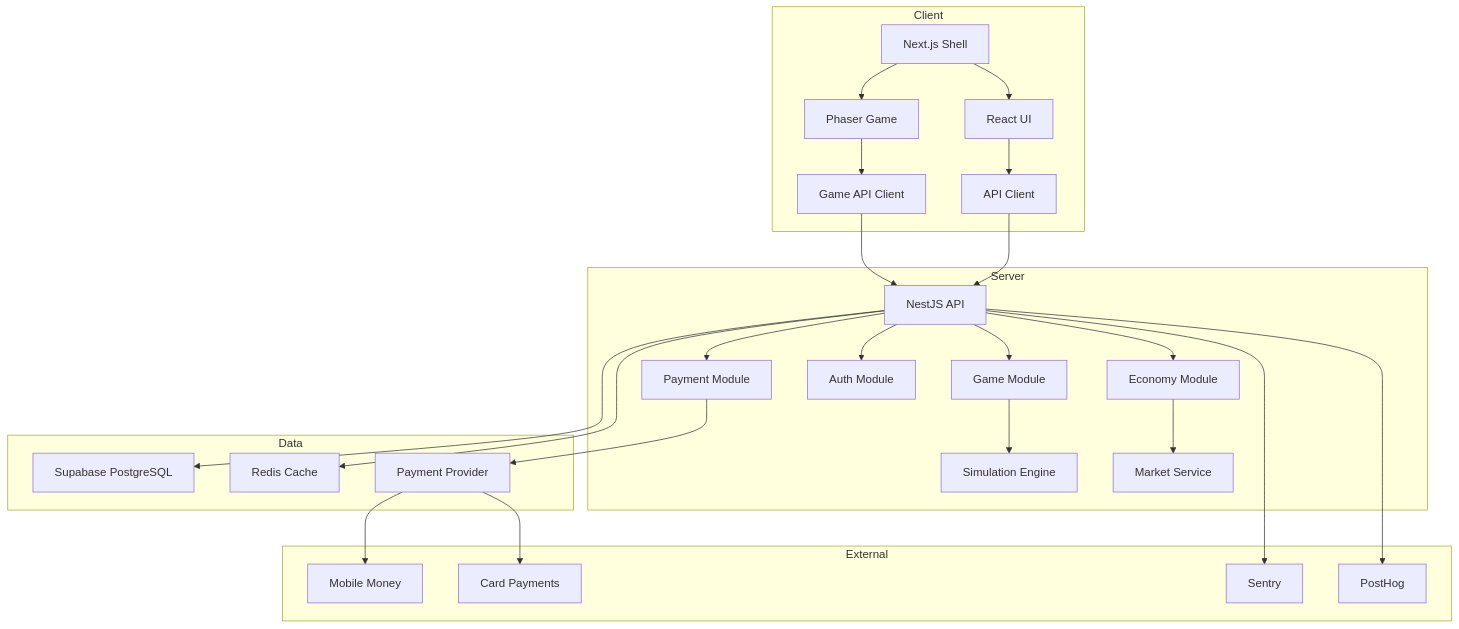
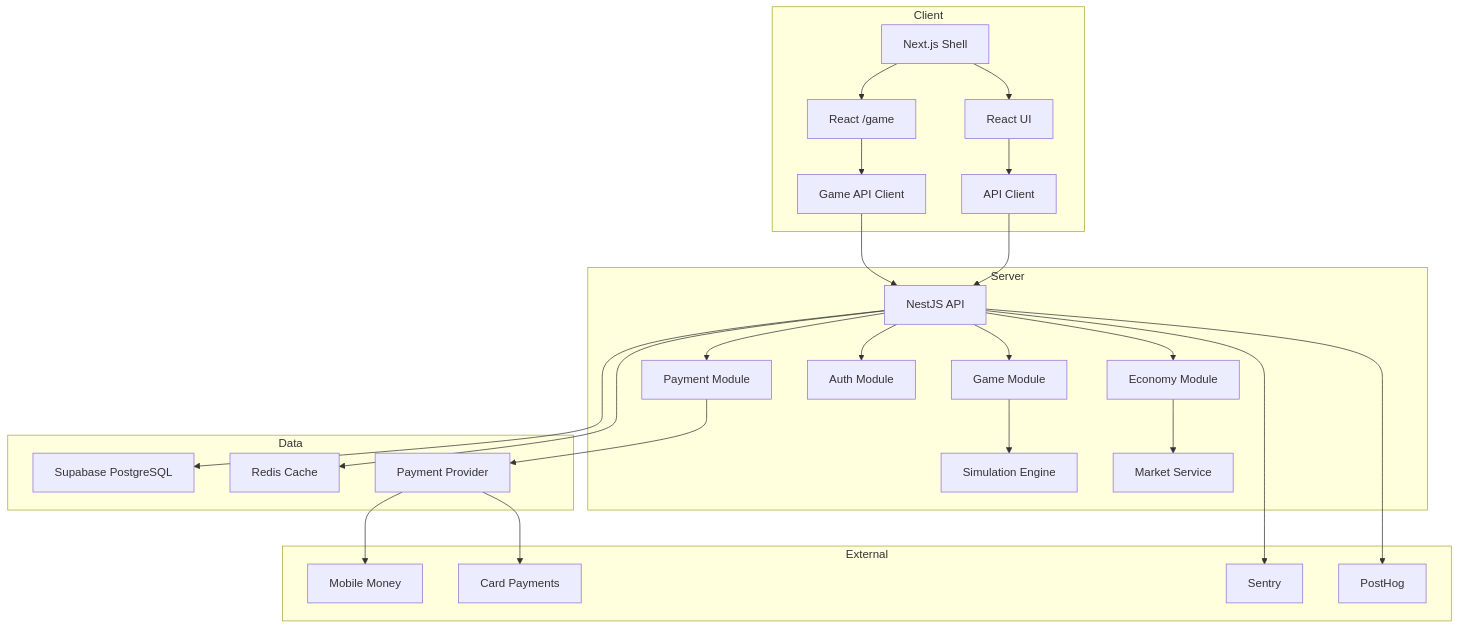
One commit to TheDonCipher/Molemisi changed the first of 5 diagrams in docs/02_System_Architecture_Specification.md. Above: the diagram before and after it, drawn with Mermaid. The commit also changed other lines of this file and 17 other files, not shown here.

````diff
--- a/docs/02_System_Architecture_Specification.md
+++ b/docs/02_System_Architecture_Specification.md
@@ -706,33 +706,33 @@
 ```mermaid
 graph TB
     subgraph Client
-        A[Next.js Shell] --> B[Phaser Game]
+        A[Next.js Shell] --> B[React /game]
         A --> C[React UI]
         B --> D[Game API Client]
         C --> E[API Client]
     end
 
     subgraph Server
         D --> F[NestJS API]
         E --> F
         F --> G[Game Module]
         F --> H[Economy Module]
         F --> I[Payment Module]
         F --> J[Auth Module]
         G --> K[Simulation Engine]
         H --> L[Market Service]
     end
 
     subgraph Data
         F --> M[Supabase PostgreSQL]
         F --> N[Redis Cache]
         I --> O[Payment Provider]
     end
 
     subgraph External
         O --> P[Mobile Money]
         O --> Q[Card Payments]
         F --> R[Sentry]
         F --> S[PostHog]
     end
 ```
````
